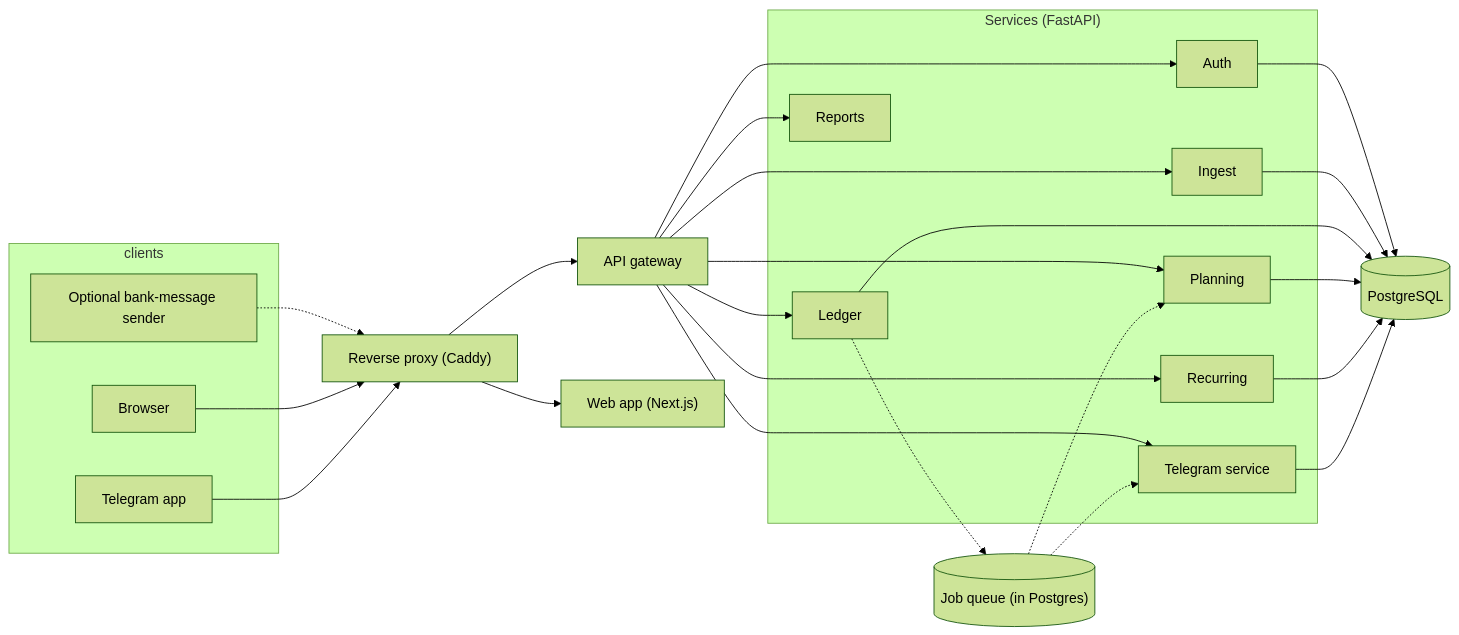
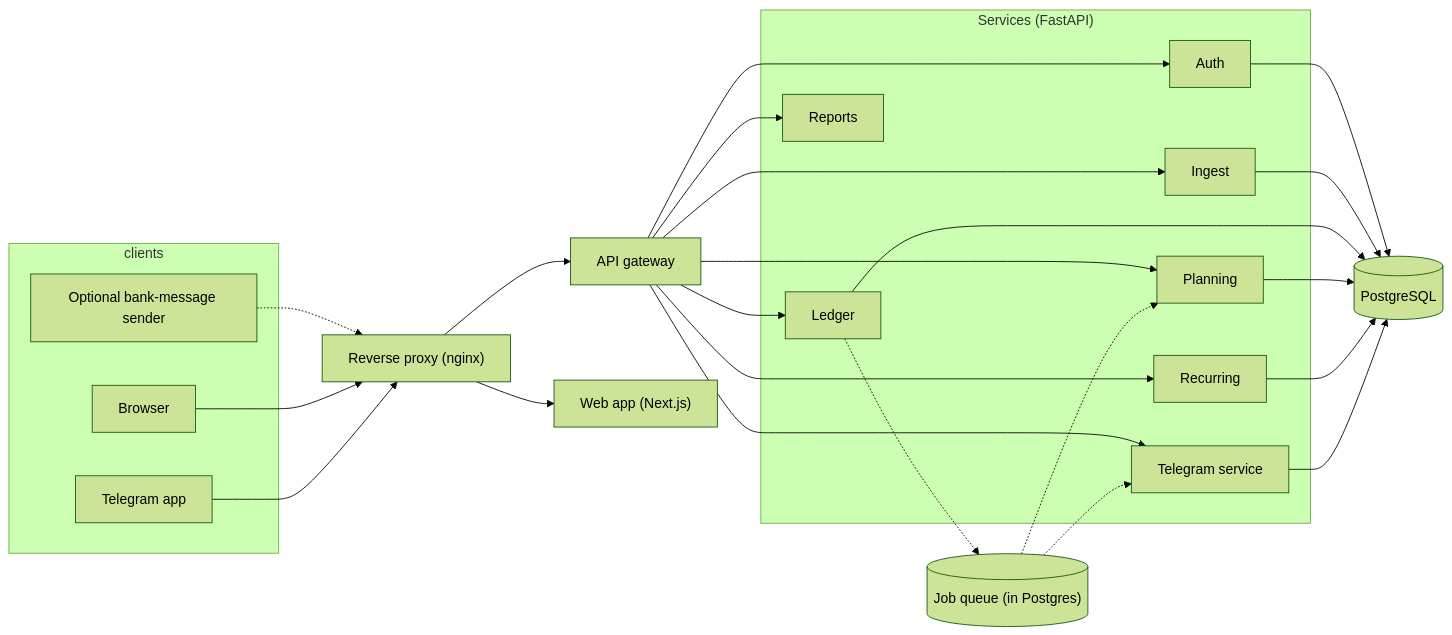
Before and after one commit to aayushsugandhi2703/LBStash: the first of 3 diagrams in docs/SYSTEM_DESIGN.md, drawn with Mermaid (forest theme). The commit also changed other lines of this file and 10 other files, not shown here.

First line of the commit message:
Replace the Caddy proxy with nginx as the single reverse proxy

````diff
--- a/docs/SYSTEM_DESIGN.md
+++ b/docs/SYSTEM_DESIGN.md
@@ -73,32 +73,32 @@
 ```mermaid
 flowchart LR
   subgraph clients
     Sender["Optional bank-message sender"]
     Browser
     TG["Telegram app"]
   end
-  Proxy["Reverse proxy (Caddy)"]
+  Proxy["Reverse proxy (nginx)"]
   GW["API gateway"]
   Web["Web app (Next.js)"]
   subgraph services["Services (FastAPI)"]
     Auth
     Ingest
     Ledger
     Planning
     Recurring
     Reports
     Tele["Telegram service"]
   end
   DB[("PostgreSQL")]
   Q[("Job queue (in Postgres)")]
   Sender -.-> Proxy
   Browser --> Proxy
   TG --> Proxy
   Proxy --> Web
   Proxy --> GW
   GW --> Auth & Ingest & Ledger & Planning & Recurring & Reports & Tele
   Auth & Ingest & Ledger & Planning & Recurring & Tele --> DB
   Ledger -.-> Q
   Q -.-> Planning
   Q -.-> Tele
 ```
````
